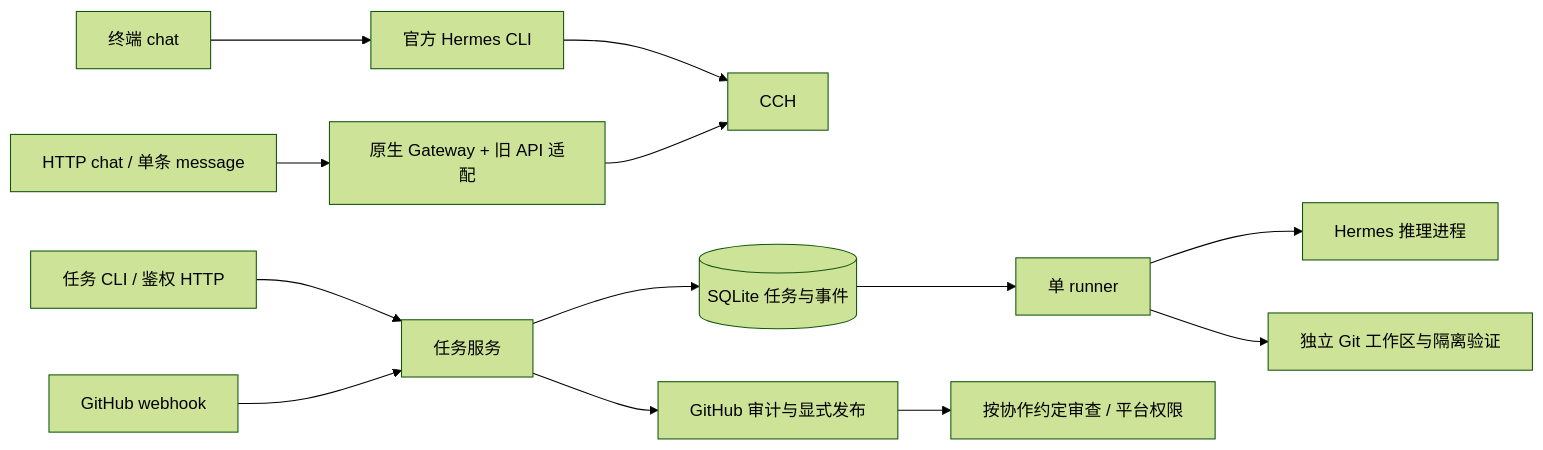
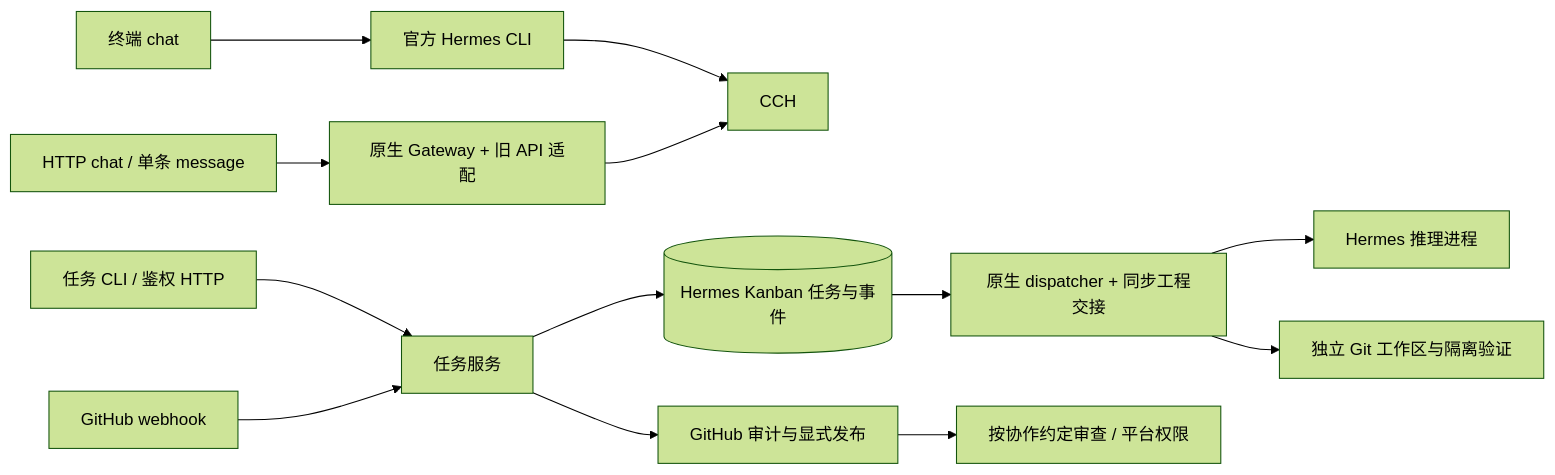
The diagram in docs/architecture/README.md (Ceng-0324/MIKASA), drawn with Mermaid (forest theme) before and after one commit. The commit also changed other lines of this file and 28 other files, not shown here.

Commit message:
refactor: migrate task state and dispatch to Hermes Kanban

````diff
--- a/docs/architecture/README.md
+++ b/docs/architecture/README.md
@@ -13,15 +13,15 @@
 ```mermaid
 flowchart LR
     A[任务 CLI / 鉴权 HTTP] --> B[任务服务]
     J[终端 chat] --> K[官方 Hermes CLI]
     L[HTTP chat / 单条 message] --> M[原生 Gateway + 旧 API 适配]
     K --> N[CCH]
     M --> N
     G[GitHub webhook] --> B
-    B --> C[(SQLite 任务与事件)]
-    C --> D[单 runner]
+    B --> C[(Hermes Kanban 任务与事件)]
+    C --> D[原生 dispatcher + 同步工程交接]
     D --> E[Hermes 推理进程]
     D --> F[独立 Git 工作区与隔离验证]
     B --> H[GitHub 审计与显式发布]
     H --> I[按协作约定审查 / 平台权限]
 ```
````
